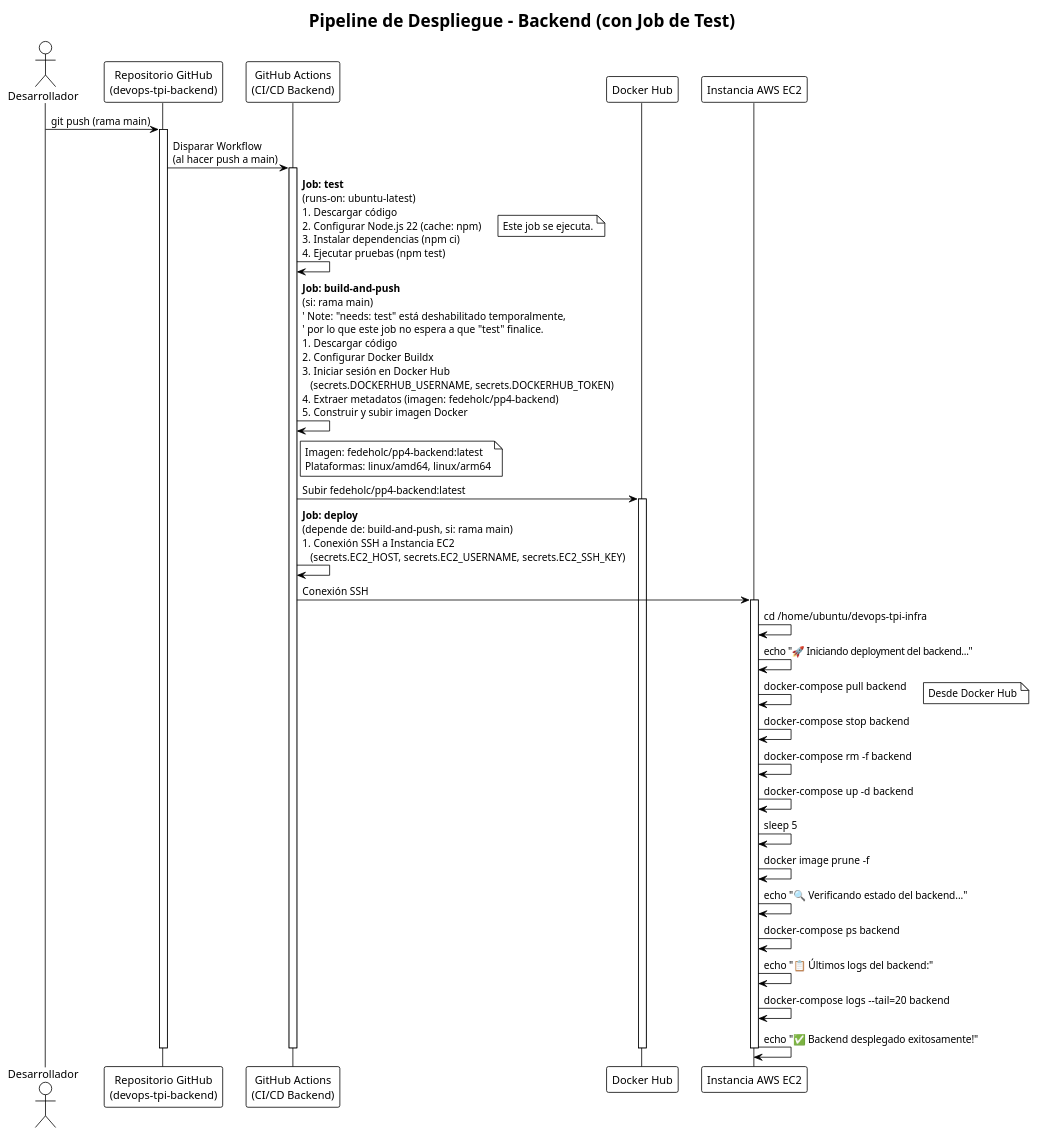
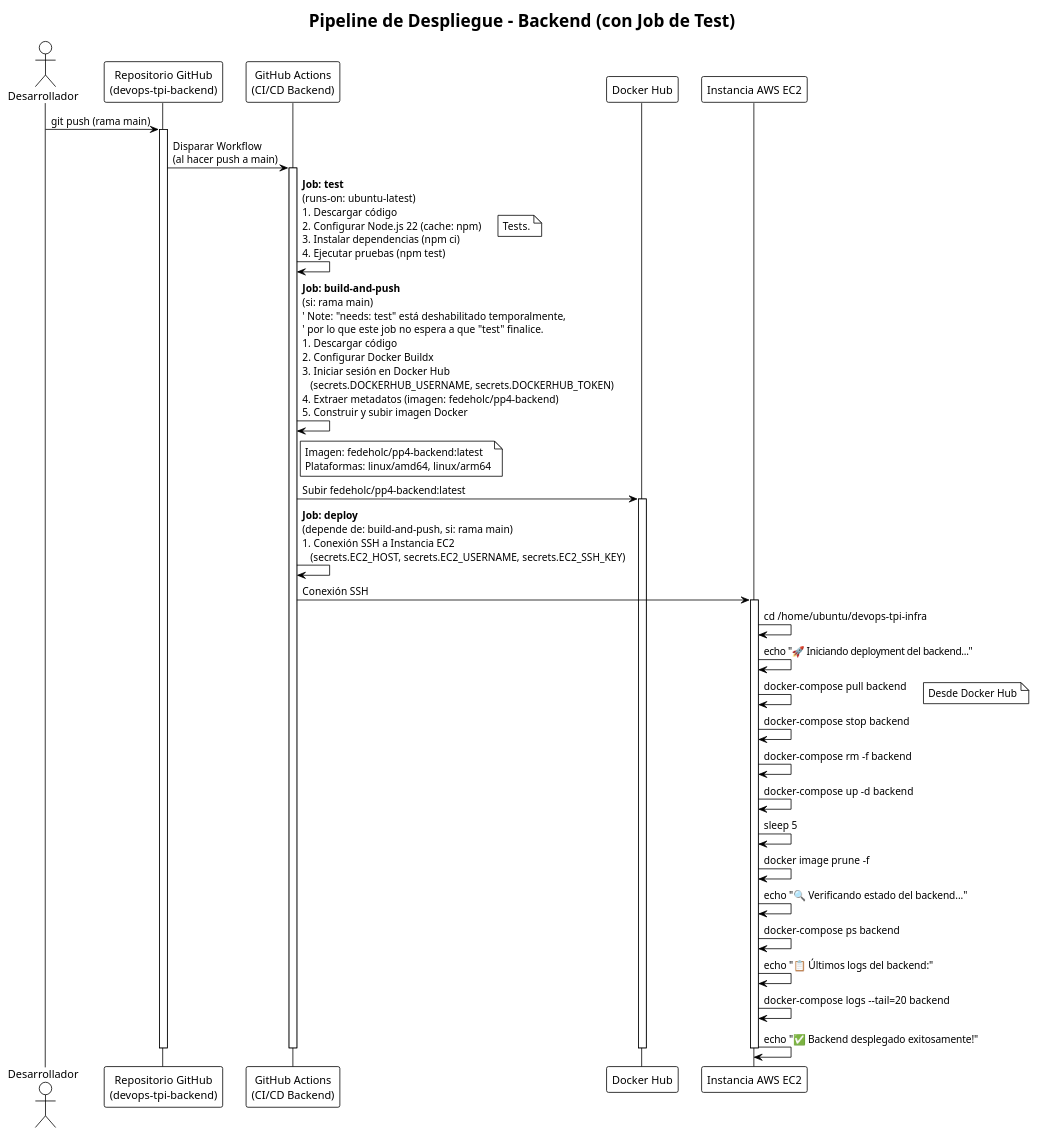
One commit to fedeholc/devops-tpi-infra changed the diagram in diagrama-pipeline-backend.puml. Above: the diagram before and after it, drawn with PlantUML. The commit also changed 6 other files, not shown here.

Commit message:
Update readme and diagrams

```diff
--- a/diagrama-pipeline-backend.puml
+++ b/diagrama-pipeline-backend.puml
@@ -1,54 +1,53 @@
 @startuml Pipeline Despliegue Backend con Test
 !theme plain
 skinparam backgroundColor #FFFFFF
-skinparam handwritten false
 skinparam shadowing false
 
 title Pipeline de Despliegue - Backend (con Job de Test)
 
 actor Desarrollador as dev
 participant "Repositorio GitHub\n(devops-tpi-backend)" as gh_back
 participant "GitHub Actions\n(CI/CD Backend)" as ga_back
 participant "Docker Hub" as dh
 participant "Instancia AWS EC2" as ec2
 
 dev -> gh_back: git push (rama main)
 activate gh_back
 
 gh_back -> ga_back: Disparar Workflow\n(al hacer push a main)
 activate ga_back
 
 ga_back -> ga_back: **Job: test**\n(runs-on: ubuntu-latest)\n1. Descargar código\n2. Configurar Node.js 22 (cache: npm)\n3. Instalar dependencias (npm ci)\n4. Ejecutar pruebas (npm test)
-note right: Este job se ejecuta.
+note right: Tests.
 
 ga_back -> ga_back: **Job: build-and-push**\n(si: rama main)\n' Note: "needs: test" está deshabilitado temporalmente,\n' por lo que este job no espera a que "test" finalice.\n1. Descargar código\n2. Configurar Docker Buildx\n3. Iniciar sesión en Docker Hub\n   (secrets.DOCKERHUB_USERNAME, secrets.DOCKERHUB_TOKEN)\n4. Extraer metadatos (imagen: fedeholc/pp4-backend)\n5. Construir y subir imagen Docker
 note right of ga_back
   Imagen: fedeholc/pp4-backend:latest
   Plataformas: linux/amd64, linux/arm64
 end note
 ga_back -> dh: Subir fedeholc/pp4-backend:latest
 activate dh
 
 ga_back -> ga_back: **Job: deploy**\n(depende de: build-and-push, si: rama main)\n1. Conexión SSH a Instancia EC2\n   (secrets.EC2_HOST, secrets.EC2_USERNAME, secrets.EC2_SSH_KEY)
 ga_back -> ec2: Conexión SSH
 activate ec2
 ec2 -> ec2: cd /home/ubuntu/devops-tpi-infra
 ec2 -> ec2: echo "🚀 Iniciando deployment del backend..."
 ec2 -> ec2: docker-compose pull backend
 note right: Desde Docker Hub
 ec2 -> ec2: docker-compose stop backend
 ec2 -> ec2: docker-compose rm -f backend
 ec2 -> ec2: docker-compose up -d backend
 ec2 -> ec2: sleep 5
 ec2 -> ec2: docker image prune -f
 ec2 -> ec2: echo "🔍 Verificando estado del backend..."
 ec2 -> ec2: docker-compose ps backend
 ec2 -> ec2: echo "📋 Últimos logs del backend:"
 ec2 -> ec2: docker-compose logs --tail=20 backend
 ec2 -> ec2: echo "✅ Backend desplegado exitosamente!"
 deactivate ec2
 deactivate dh
 deactivate ga_back
 deactivate gh_back
 
 @enduml
```
